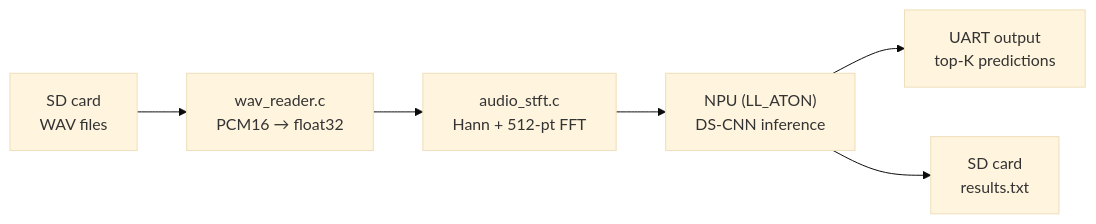
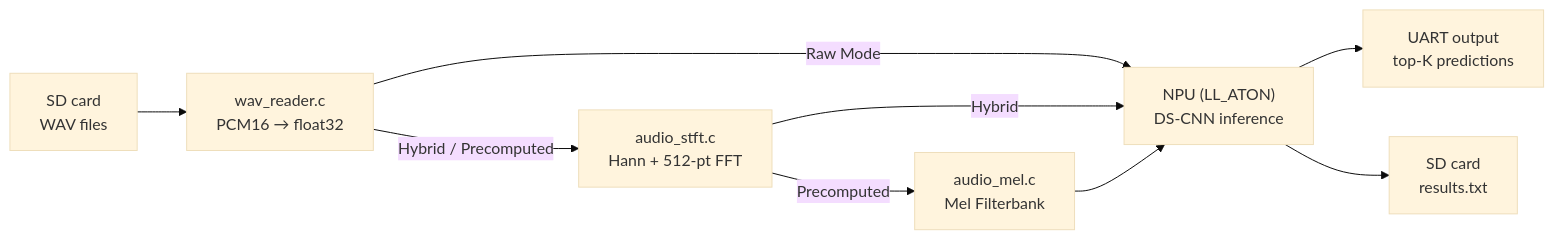
Before and after one commit to birdnet-team/birdnet-stm32: the diagram in docs/firmware/index.md, drawn with Mermaid (base theme). The commit also changed other lines of this file and 1 other file, not shown here.

Commit message:
docs: extensive firmware documentation updates for raw frontend

````diff
--- a/docs/firmware/index.md
+++ b/docs/firmware/index.md
@@ -30,8 +30,11 @@
 ```mermaid
 flowchart LR
     SD["SD card<br/>WAV files"] --> WAV["wav_reader.c<br/>PCM16 → float32"]
-    WAV --> STFT["audio_stft.c<br/>Hann + 512-pt FFT"]
-    STFT --> NPU["NPU (LL_ATON)<br/>DS-CNN inference"]
+    WAV --> |Hybrid / Precomputed| STFT["audio_stft.c<br/>Hann + 512-pt FFT"]
+    WAV --> |Raw Mode| NPU
+    STFT --> |Precomputed| Mel["audio_mel.c<br/>Mel Filterbank"]
+    STFT --> |Hybrid| NPU["NPU (LL_ATON)<br/>DS-CNN inference"]
+    Mel --> NPU
     NPU --> UART["UART output<br/>top-K predictions"]
     NPU --> RES["SD card<br/>results.txt"]
 ```
````
